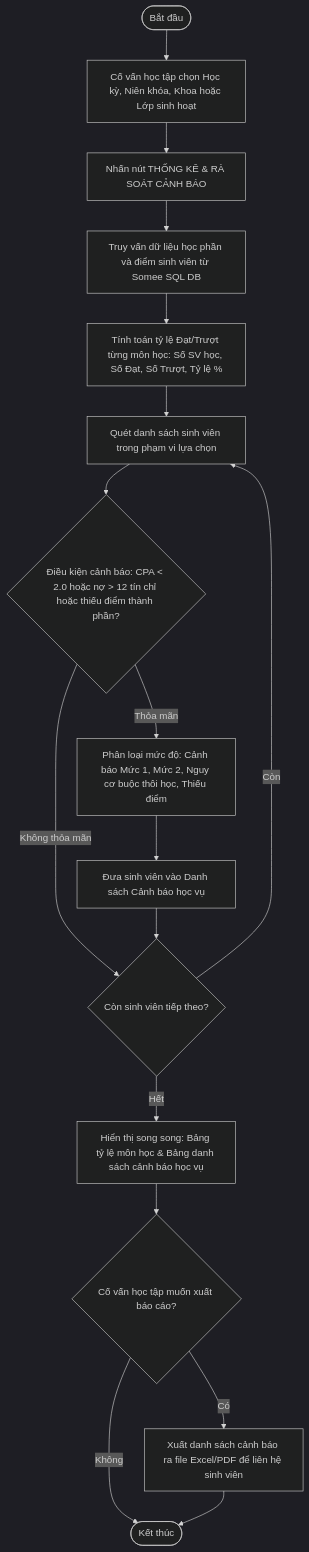
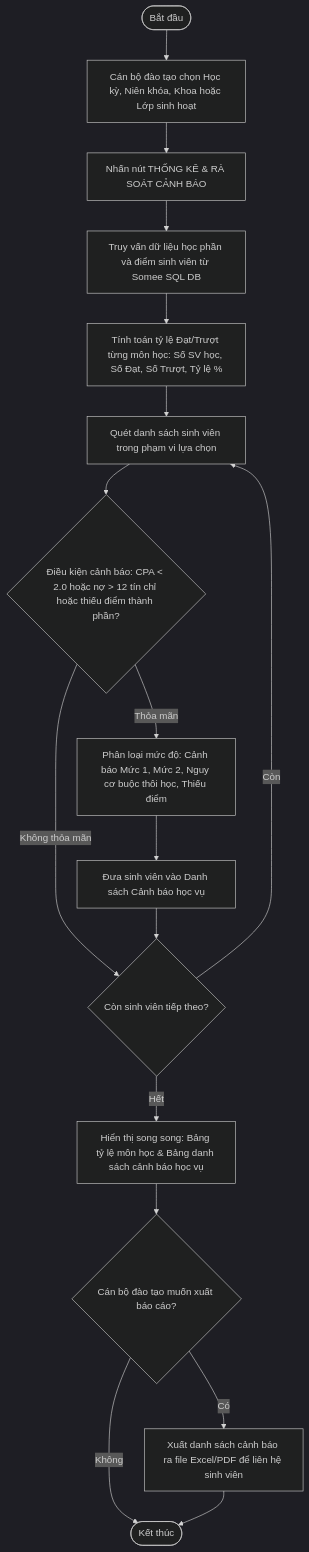
The eighth of 15 diagrams in BAO_CAO_BAI_TAP_LON_STUDENT_RESULT_ANALYTICS.md (ngthanhs1/STUDENT_RESULT_ANALYTICS), drawn with Mermaid (dark theme) before and after one commit. The commit also changed other lines of this file and 5 other files, not shown here.

````diff
--- a/BAO_CAO_BAI_TAP_LON_STUDENT_RESULT_ANALYTICS.md
+++ b/BAO_CAO_BAI_TAP_LON_STUDENT_RESULT_ANALYTICS.md
@@ -757,19 +724,19 @@
 ```mermaid
 flowchart TD
-    Start([Bắt đầu]) --> SelectCriteria[Cố vấn học tập chọn Học kỳ, Niên khóa, Khoa hoặc Lớp sinh hoạt]
+    Start([Bắt đầu]) --> SelectCriteria[Cán bộ đào tạo chọn Học kỳ, Niên khóa, Khoa hoặc Lớp sinh hoạt]
     SelectCriteria --> ClickFilter[Nhấn nút THỐNG KÊ & RÀ SOÁT CẢNH BÁO]
     ClickFilter --> QuerySummary[Truy vấn dữ liệu học phần và điểm sinh viên từ Somee SQL DB]
     QuerySummary --> CalcSubjectStats[Tính toán tỷ lệ Đạt/Trượt từng môn học: Số SV học, Số Đạt, Số Trượt, Tỷ lệ %]
     CalcSubjectStats --> ScanStudents[Quét danh sách sinh viên trong phạm vi lựa chọn]
     ScanStudents --> EvalWarning{Điều kiện cảnh báo: CPA < 2.0 hoặc nợ > 12 tín chỉ hoặc thiếu điểm thành phần?}
     EvalWarning -- Thỏa mãn --> CategorizeLevel[Phân loại mức độ: Cảnh báo Mức 1, Mức 2, Nguy cơ buộc thôi học, Thiếu điểm]
     CategorizeLevel --> AddToWarningList[Đưa sinh viên vào Danh sách Cảnh báo học vụ]
     EvalWarning -- Không thỏa mãn --> CheckNextSV
     AddToWarningList --> CheckNextSV{Còn sinh viên tiếp theo?}
     CheckNextSV -- Còn --> ScanStudents
     CheckNextSV -- Hết --> DisplayTwoPanels[Hiển thị song song: Bảng tỷ lệ môn học & Bảng danh sách cảnh báo học vụ]
-    DisplayTwoPanels --> ExportReport{Cố vấn học tập muốn xuất báo cáo?}
+    DisplayTwoPanels --> ExportReport{Cán bộ đào tạo muốn xuất báo cáo?}
     ExportReport -- Có --> ExportFile[Xuất danh sách cảnh báo ra file Excel/PDF để liên hệ sinh viên]
     ExportReport -- Không --> End([Kết thúc])
     ExportFile --> End
 ```
````
